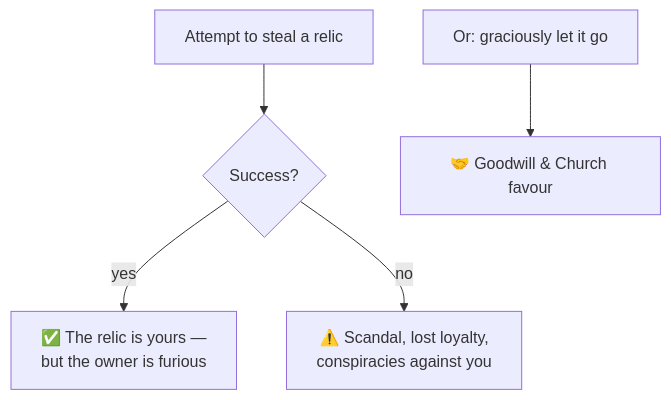
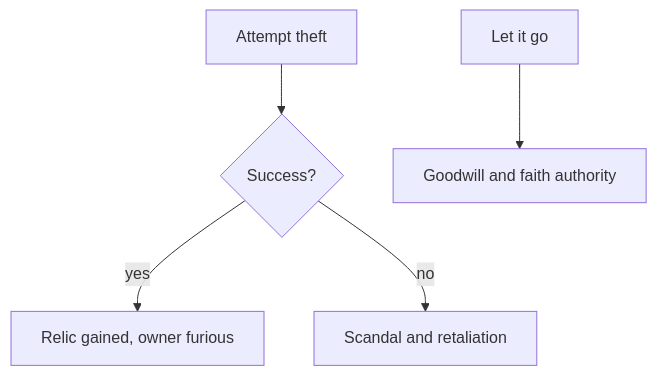
The diagram in content/world/Relics and Treasures.md (kroryan/Quartz-HispaniaBeta), drawn with Mermaid before and after one commit. The commit also changed other lines of this file and 35 other files, not shown here.

````diff
--- a/content/world/Relics and Treasures.md
+++ b/content/world/Relics and Treasures.md
@@ -31,7 +31,7 @@
 ```mermaid
 flowchart TD
-    A[Attempt to steal a relic] --> B{Success?}
-    B -->|yes| C[✅ The relic is yours —<br/>but the owner is furious]
-    B -->|no| D[⚠️ Scandal, lost loyalty,<br/>conspiracies against you]
-    E[Or: graciously let it go] --> F[🤝 Goodwill & Church favour]
+    A[Attempt theft] --> B{Success?}
+    B -->|yes| C[Relic gained, owner furious]
+    B -->|no| D[Scandal and retaliation]
+    E[Let it go] --> F[Goodwill and faith authority]
 ```
````
